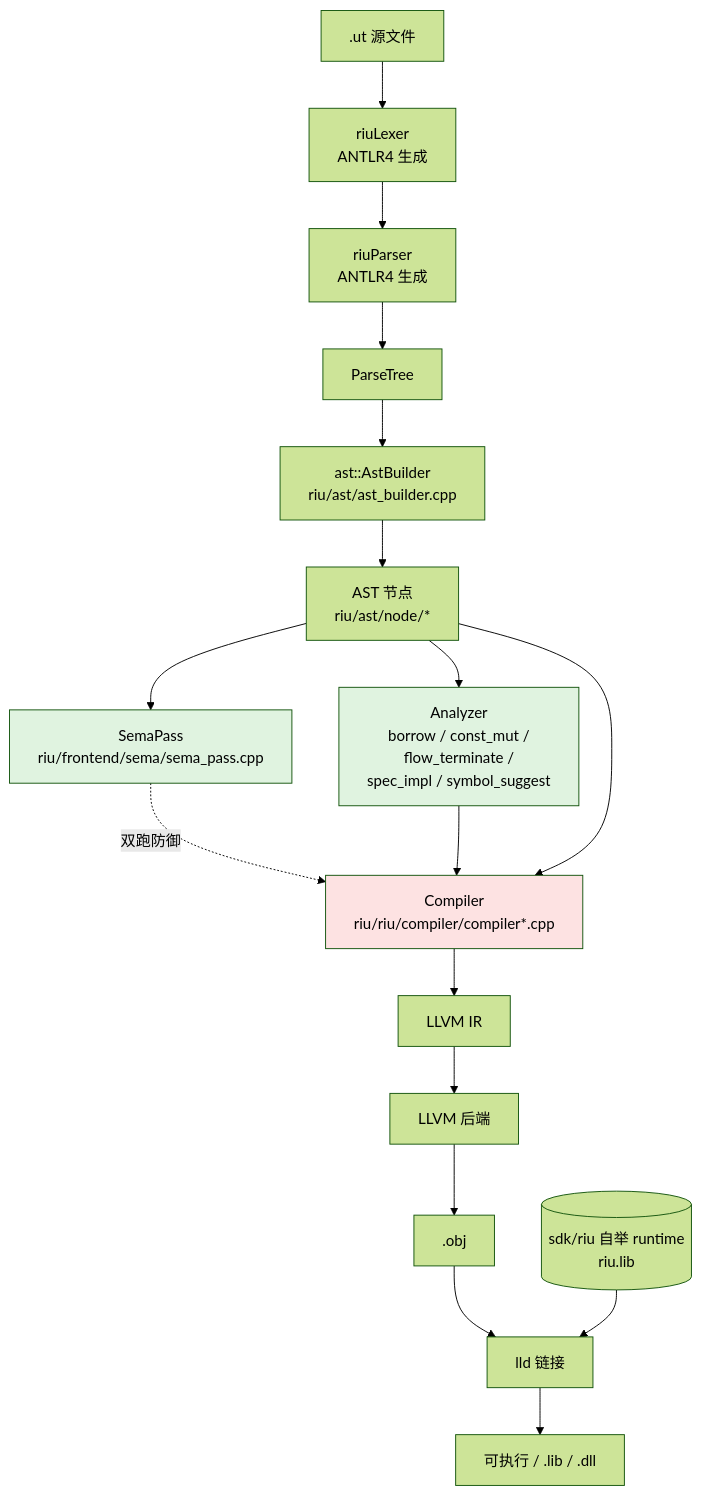
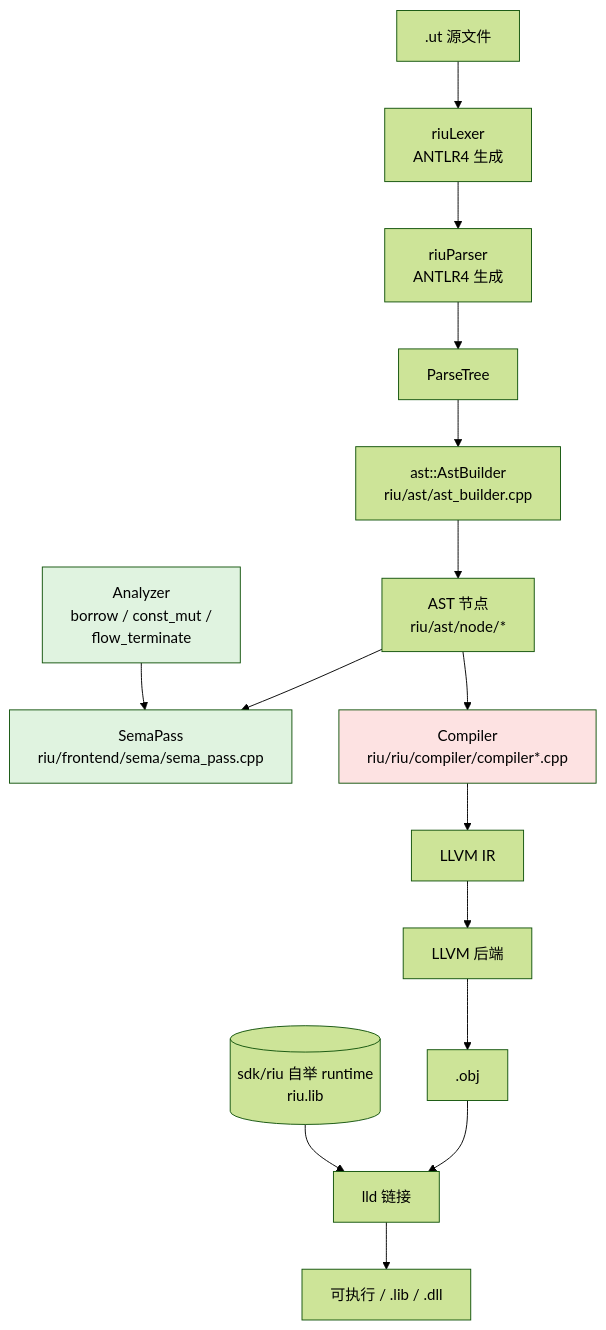
The second of 6 diagrams in riu.md (riu-lang/riu), drawn with Mermaid (forest theme) before and after one commit. The commit also changed 4 other files, not shown here.

Commit message:
refactor: 删 codegen 对 borrow/const-mut/#NoReturn 的双跑，只走 Sema

````diff
--- a/riu.md
+++ b/riu.md
@@ -66,26 +66,23 @@
 ```mermaid
 flowchart TB
     src[.ut 源文件] --> lex[riuLexer<br/>ANTLR4 生成]
     lex --> parse[riuParser<br/>ANTLR4 生成]
     parse --> tree[ParseTree]
     tree --> builder[ast::AstBuilder<br/>riu/ast/ast_builder.cpp]
     builder --> ast[AST 节点<br/>riu/ast/node/*]
 
     ast --> sema[SemaPass<br/>riu/frontend/sema/sema_pass.cpp]
-    sema -. 双跑防御 .-> compiler
-
-    ast --> analyzer[Analyzer<br/>borrow / const_mut /<br/>flow_terminate /<br/>spec_impl / symbol_suggest]
-    analyzer --> compiler
+    analyzer[Analyzer<br/>borrow / const_mut /<br/>flow_terminate] --> sema
 
     ast --> compiler[Compiler<br/>riu/riu/compiler/compiler*.cpp]
     compiler --> ir[LLVM IR]
     ir --> llc[LLVM 后端]
     llc --> obj[.obj]
     obj --> lld[lld 链接]
     sdk[(sdk/riu 自举 runtime<br/>riu.lib)] --> lld
     lld --> exe[可执行 / .lib / .dll]
 
     style sema fill:#e0f3e0
     style analyzer fill:#e0f3e0
     style compiler fill:#fde2e2
 ```
````
